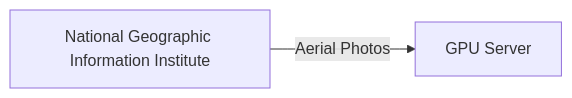
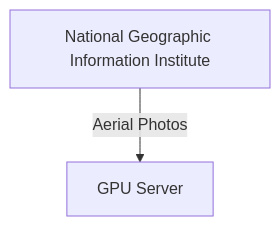
One commit to skykhs3/skykhs3.github.io changed the first of 4 diagrams in _posts/2025-04-07-retrospective-kakao-impact.md. Above: the diagram before and after it, drawn with Mermaid. The commit also changed other lines of this file, not shown here.

````diff
--- a/_posts/2025-04-07-retrospective-kakao-impact.md
+++ b/_posts/2025-04-07-retrospective-kakao-impact.md
@@ -40,5 +40,5 @@
 ```mermaid
-flowchart LR
+flowchart TD
     A[National Geographic Information Institute] -->|Aerial Photos| B[GPU Server]
 
 ```
````
